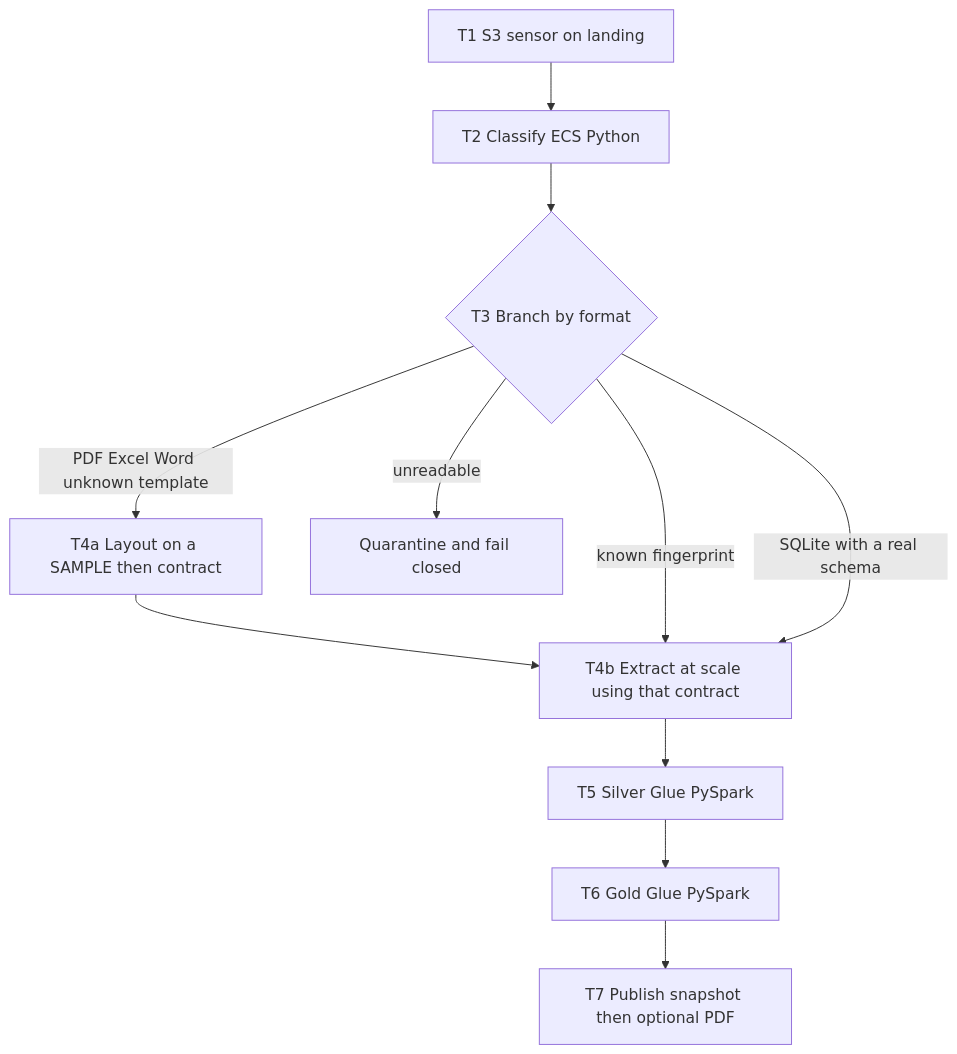
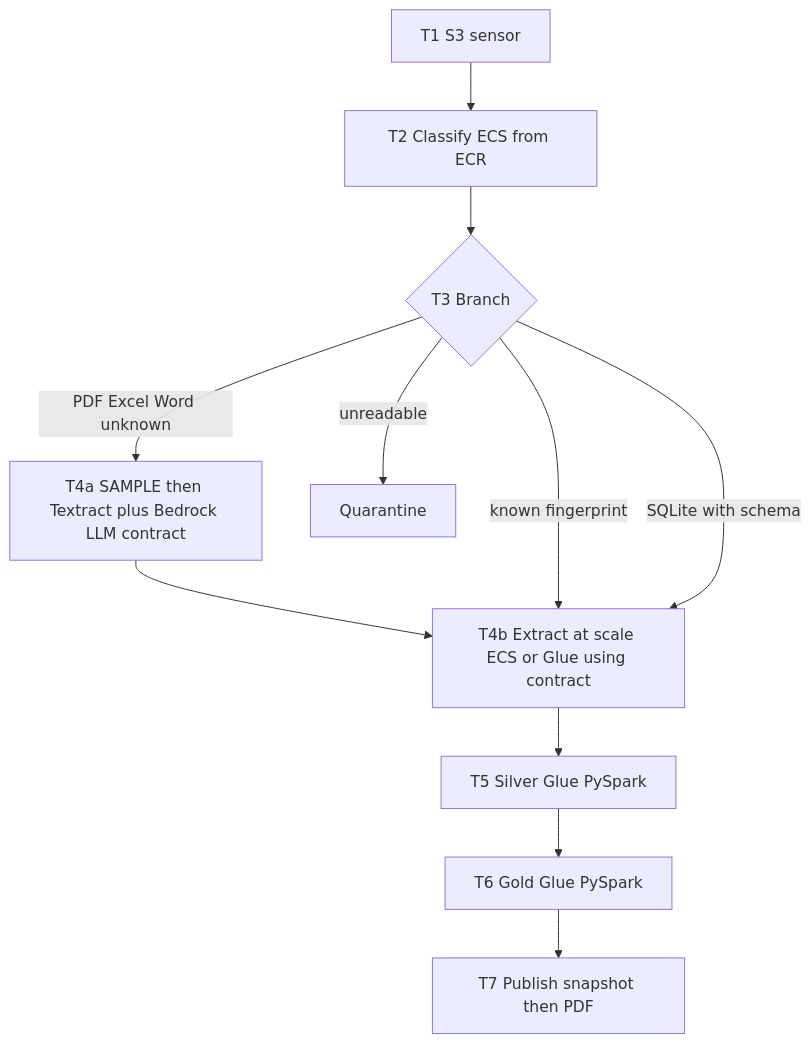
One commit to arielmmdx/document-intelligence-lake changed the diagram in expected-solutions/diagrams/02_expected_airflow_dag.mmd. Above: the diagram before and after it, drawn with Mermaid. The commit also changed 11 other files, not shown here.

Commit message:
Show LLM layout sampling, Airflow on EC2, ECR/ECS, and all medallion layers in the architecture diagram.

```diff
--- a/expected-solutions/diagrams/02_expected_airflow_dag.mmd
+++ b/expected-solutions/diagrams/02_expected_airflow_dag.mmd
@@ -1,19 +1,18 @@
 %% 02 — Expected Airflow DAG. Paste into https://mermaid.live
-%% T4a (layout) runs for PDF, Excel, and Word unless a known contract fingerprint hits.
 flowchart TD
-  T1[T1 S3 sensor on landing]
-  T2[T2 Classify ECS Python]
-  BR{T3 Branch by format}
-  T4A[T4a Layout on a SAMPLE then contract]
-  T4B[T4b Extract at scale using that contract]
+  T1[T1 S3 sensor]
+  T2[T2 Classify ECS from ECR]
+  BR{T3 Branch}
+  T4A[T4a SAMPLE then Textract plus Bedrock LLM contract]
+  T4B[T4b Extract at scale ECS or Glue using contract]
   T5[T5 Silver Glue PySpark]
   T6[T6 Gold Glue PySpark]
-  T7[T7 Publish snapshot then optional PDF]
-  Q[Quarantine and fail closed]
+  T7[T7 Publish snapshot then PDF]
+  Q[Quarantine]
 
   T1 --> T2 --> BR
-  BR -->|PDF Excel Word unknown template| T4A --> T4B
+  BR -->|PDF Excel Word unknown| T4A --> T4B
   BR -->|known fingerprint| T4B
-  BR -->|SQLite with a real schema| T4B
+  BR -->|SQLite with schema| T4B
   BR -->|unreadable| Q
   T4B --> T5 --> T6 --> T7
```
